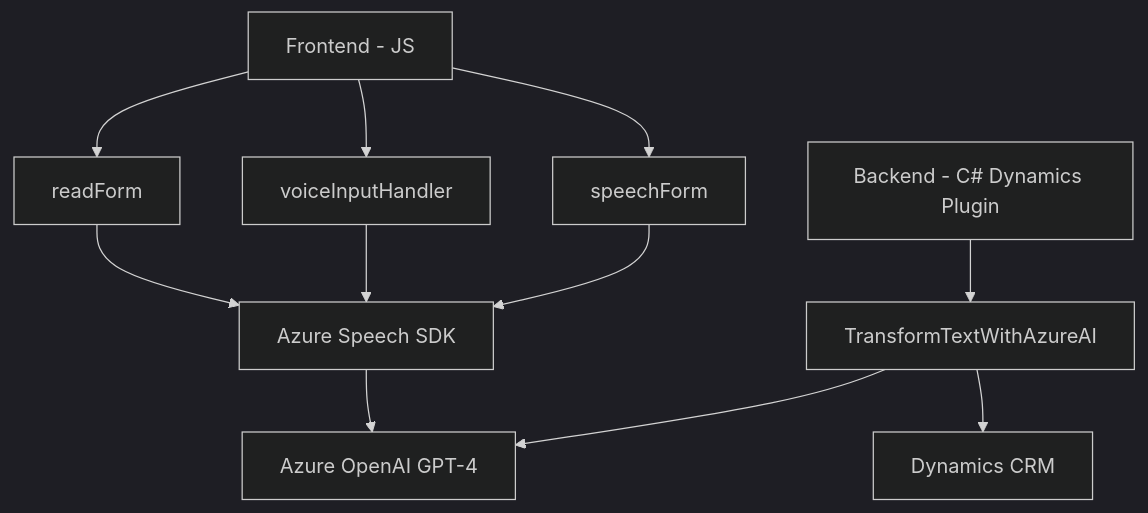
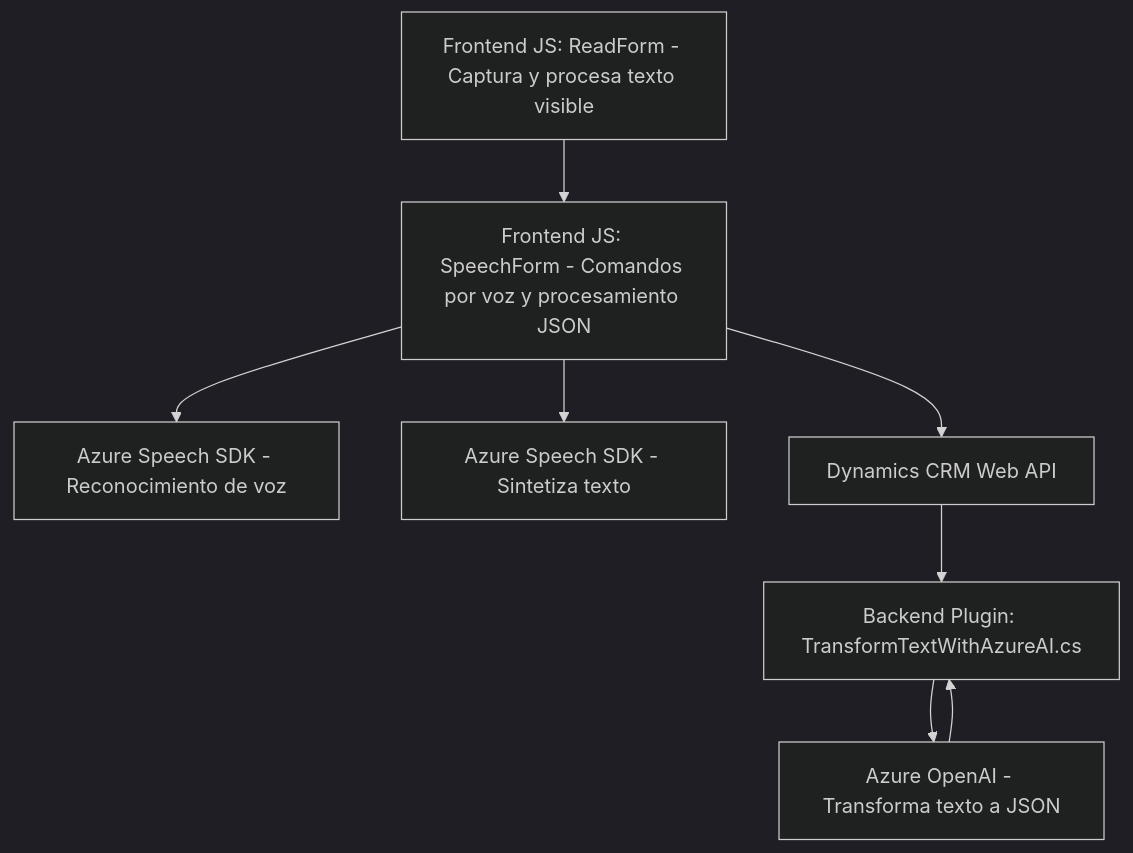
Before and after one commit to blopezdm/NETCORE_BILBAO2025: the diagram in README.md, drawn with Mermaid (dark theme). The commit also changed other lines of this file, not shown here.

````diff
--- a/README.md
+++ b/README.md
@@ -48,23 +60,10 @@
 ```mermaid
 graph TD
-    A["Frontend - JS"]
-    B["readForm"]
-    C["voiceInputHandler"]
-    D["speechForm"]
-    E["Backend - C# Dynamics Plugin"]
-    F["TransformTextWithAzureAI"]
-    G["Azure Speech SDK"]
-    H["Azure OpenAI GPT-4"]
-    I["Dynamics CRM"]
-
-    A --> B
-    A --> C
-    A --> D
-    B --> G
-    C --> G
-    D --> G
-    E --> F
-    F --> H
-    F --> I
-    G --> H
+    A["Frontend JS: ReadForm - Captura y procesa texto visible"] --> B["Frontend JS: SpeechForm - Comandos por voz y procesamiento JSON"]
+    B --> C["Azure Speech SDK - Reconocimiento de voz"]
+    B --> D["Azure Speech SDK - Sintetiza texto"]
+    B --> E["Dynamics CRM Web API"]
+    E --> F["Backend Plugin: TransformTextWithAzureAI.cs"]
+    F --> G["Azure OpenAI - Transforma texto a JSON"]
+    G --> F
 ```
````
